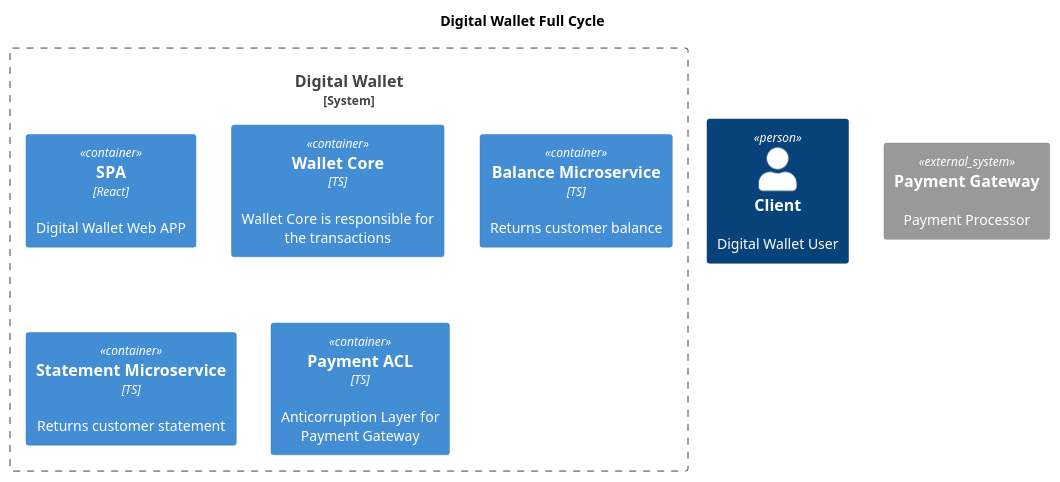
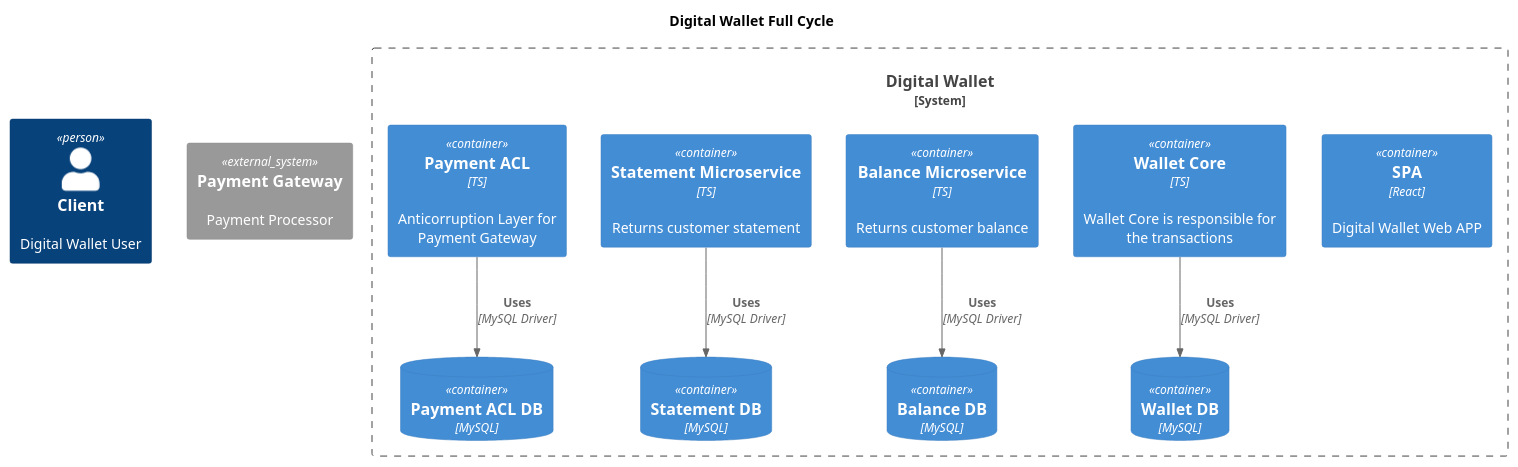
Before and after one commit to Sergio-Pedretti/TestePlantUMLDiagram: the diagram in containers.puml, drawn with PlantUML.

Commit message:
add containers db to layout

```diff
--- a/containers.puml
+++ b/containers.puml
@@ -1,20 +1,32 @@
 @startuml
 
  !include https://raw.githubusercontent.com/plantuml-stdlib/C4-PlantUML/master/C4_Container.puml
 
  title "Digital Wallet Full Cycle"
 
  Person(client, "Client", "Digital Wallet User")
 
  System_Ext(payment_gateway, "Payment Gateway", "Payment Processor")
 
  System_Boundary(digital_wallet, "Digital Wallet") {
     Container(spa, "SPA", "React", "Digital Wallet Web APP")
     Container(wallet_core, "Wallet Core", "TS", "Wallet Core is responsible for the transactions")
     Container(balance_service, "Balance Microservice", "TS", "Returns customer balance")
     Container(statement_service, "Statement Microservice", "TS", "Returns customer statement")
     Container(payment_acl, "Payment ACL", "TS", "Anticorruption Layer for Payment Gateway")
+
+    ContainerDb(wallet_core_db, "Wallet DB", "MySQL")
+    Rel(wallet_core, wallet_core_db, "Uses", "MySQL Driver")
+
+    ContainerDb(balance_db, "Balance DB", "MySQL")
+    Rel(balance_service, balance_db, "Uses", "MySQL Driver")
+
+    ContainerDb(statement_db, "Statement DB", "MySQL")
+    Rel(statement_service, statement_db, "Uses", "MySQL Driver")
+
+    ContainerDb(payment_acl_db, "Payment ACL DB", "MySQL")
+    Rel(payment_acl, payment_acl_db, "Uses", "MySQL Driver")
  }
 
 
 @enduml
```
